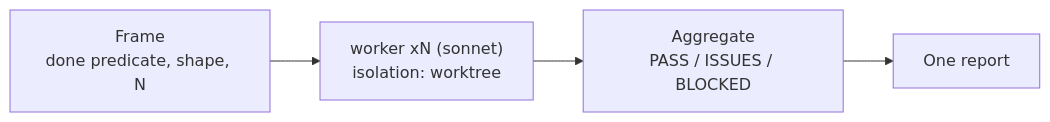
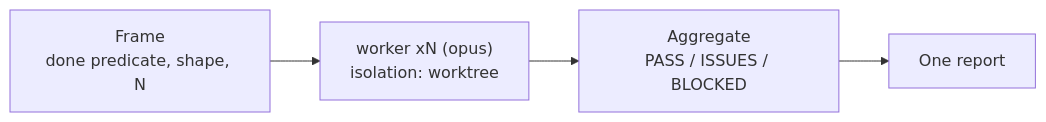
The eighth of 12 diagrams in pstack-cc/docs/skill-map.en.md (souljazzfunk/lab), drawn with Mermaid before and after one commit. The commit also changed other lines of this file and 116 other files, not shown here.

````diff
--- a/pstack-cc/docs/skill-map.en.md
+++ b/pstack-cc/docs/skill-map.en.md
@@ -168,6 +160,6 @@
 ```mermaid
 flowchart LR
-  A["Frame<br/>done predicate, shape, N"] --> B["worker xN (sonnet)<br/>isolation: worktree"]
+  A["Frame<br/>done predicate, shape, N"] --> B["worker xN (opus)<br/>isolation: worktree"]
   B --> C["Aggregate<br/>PASS / ISSUES / BLOCKED"]
   C --> D[One report]
 ```
````
